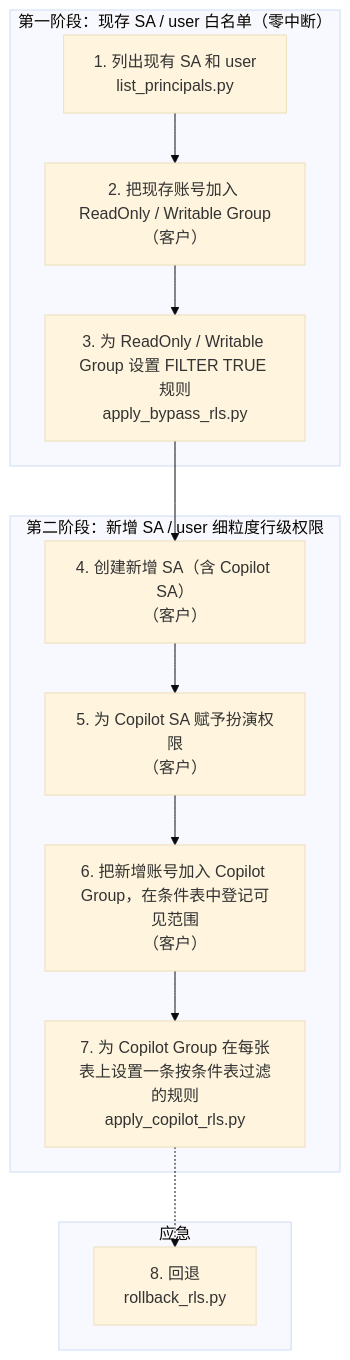
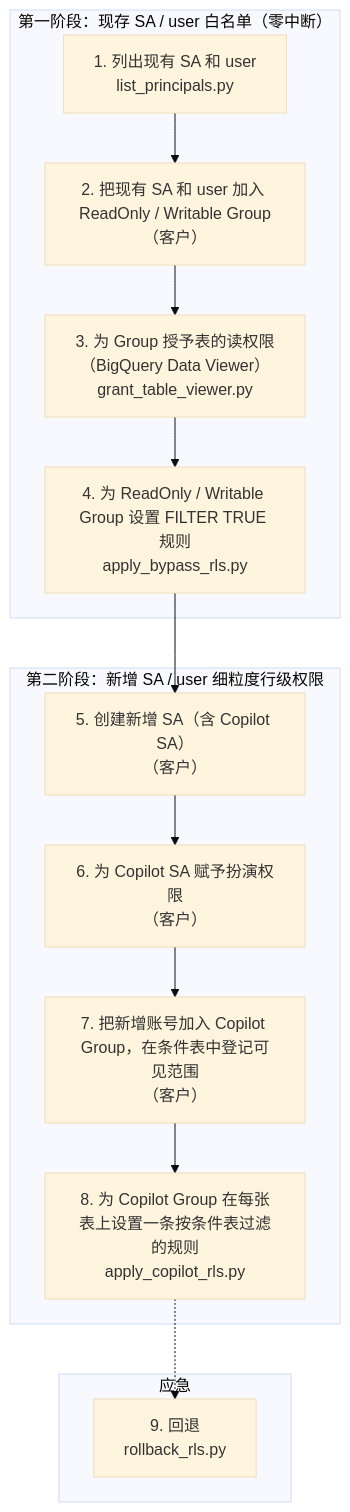
One commit to DigitalWNZ/bq-sa-rls-toolkit changed the diagram in README.md. Above: the diagram before and after it, drawn with Mermaid (base theme). The commit also changed other lines of this file and 17 other files, not shown here.

````diff
--- a/README.md
+++ b/README.md
@@ -34,17 +35,18 @@
 ```mermaid
 flowchart TD
     subgraph S1["第一阶段：现存 SA / user 白名单（零中断）"]
-        A["1. 列出现有 SA 和 user<br/>list_principals.py"] --> B["2. 把现存账号加入 ReadOnly / Writable Group<br/>（客户）"]
-        B --> C["3. 为 ReadOnly / Writable Group 设置 FILTER TRUE 规则<br/>apply_bypass_rls.py"]
+        A["1. 列出现有 SA 和 user<br/>list_principals.py"] --> B["2. 把现有 SA 和 user 加入 ReadOnly / Writable Group<br/>（客户）"]
+        B --> V["3. 为 Group 授予表的读权限（BigQuery Data Viewer）<br/>grant_table_viewer.py"]
+        V --> C["4. 为 ReadOnly / Writable Group 设置 FILTER TRUE 规则<br/>apply_bypass_rls.py"]
     end
     subgraph S2["第二阶段：新增 SA / user 细粒度行级权限"]
-        D["4. 创建新增 SA（含 Copilot SA）<br/>（客户）"] --> E["5. 为 Copilot SA 赋予扮演权限<br/>（客户）"]
-        E --> F["6. 把新增账号加入 Copilot Group，在条件表中登记可见范围<br/>（客户）"]
-        F --> G["7. 为 Copilot Group 在每张表上设置一条按条件表过滤的规则<br/>apply_copilot_rls.py"]
+        D["5. 创建新增 SA（含 Copilot SA）<br/>（客户）"] --> E["6. 为 Copilot SA 赋予扮演权限<br/>（客户）"]
+        E --> F["7. 把新增账号加入 Copilot Group，在条件表中登记可见范围<br/>（客户）"]
+        F --> G["8. 为 Copilot Group 在每张表上设置一条按条件表过滤的规则<br/>apply_copilot_rls.py"]
     end
     subgraph S3["应急"]
-        H["8. 回退<br/>rollback_rls.py"]
+        H["9. 回退<br/>rollback_rls.py"]
     end
     C --> D
     G -.-> H
 ```
````
